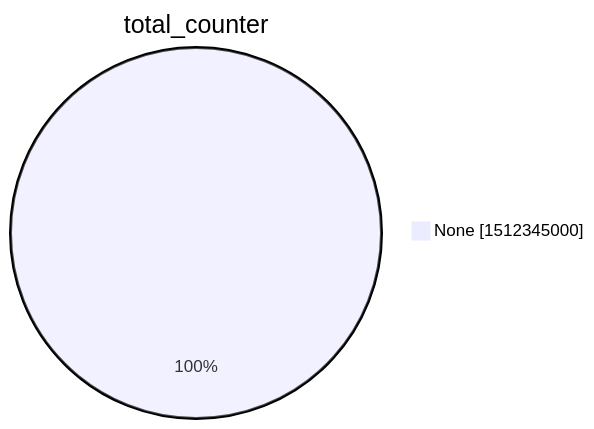
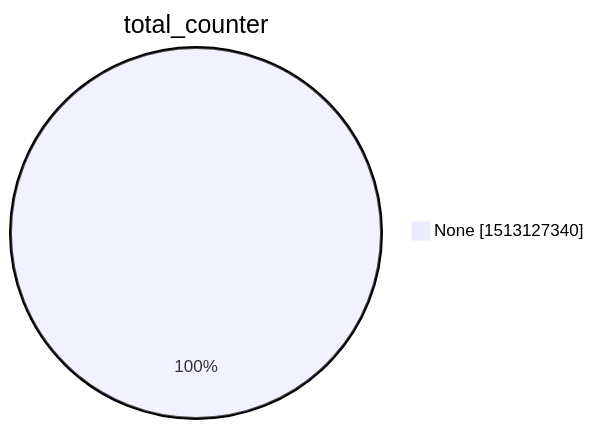
One commit to christiankrug/ctmonitor_visualization changed the second of 15 diagrams in xenon2022/README.md. Above: the diagram before and after it, drawn with Mermaid. The commit also changed other lines of this file, not shown here.

````diff
--- a/xenon2022/README.md
+++ b/xenon2022/README.md
@@ -9,5 +9,5 @@
 ```mermaid
 pie showData
 title total_counter
-"None" :1512345000
+"None" :1513127340
 ```
````
